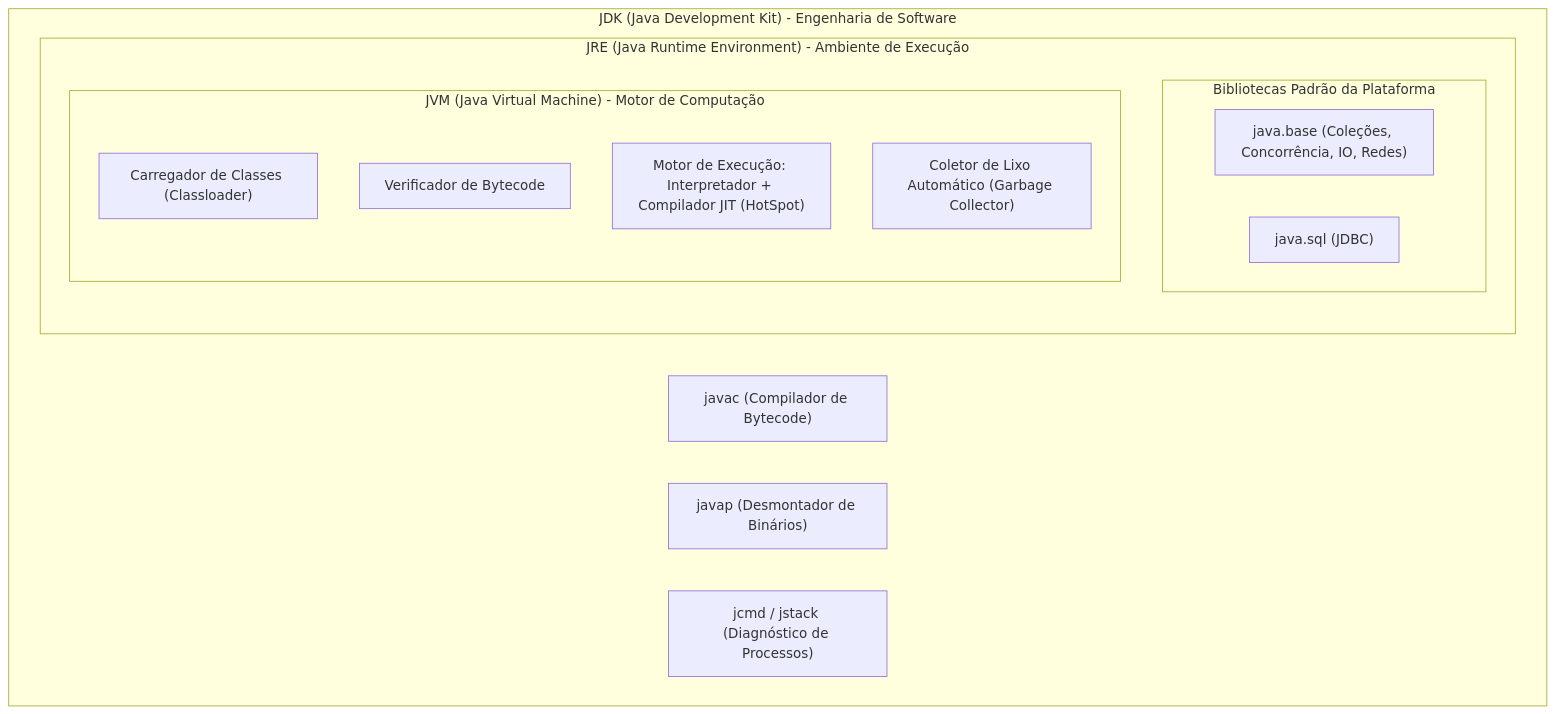
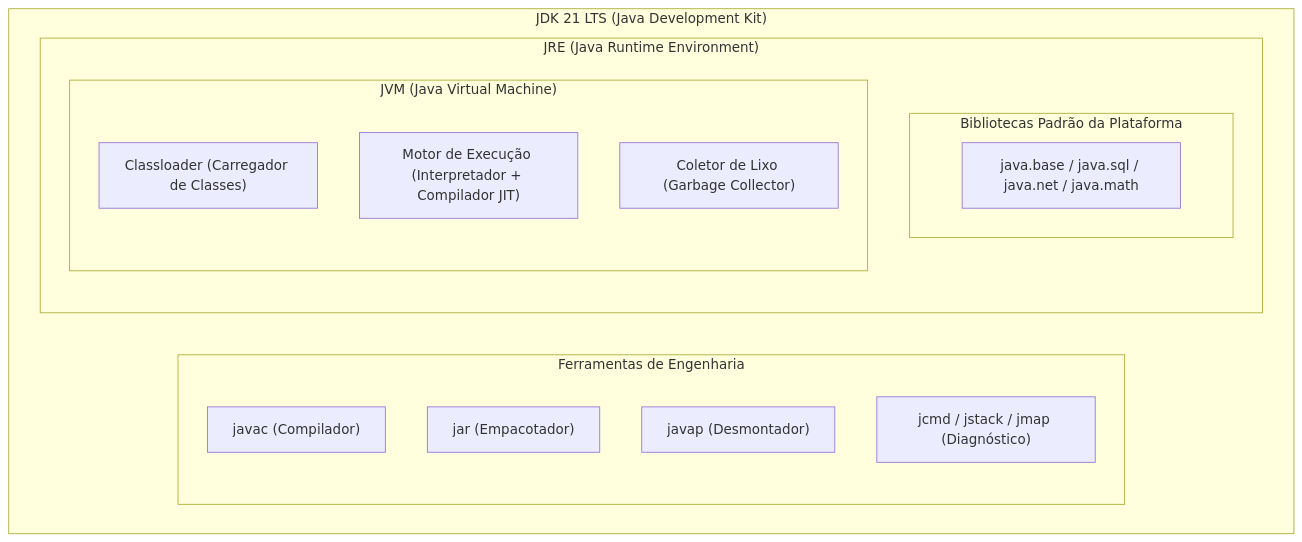
Before and after one commit to murilolol/unifef: the fifth of 31 diagrams in 4º Semestre/[Prof. Jefferson Passerini] Laboratório de Programação IV/Resumos-IA/Caderno-Consolidado.md, drawn with Mermaid. The commit also changed other lines of this file and 58 other files, not shown here.

````diff
--- a/4º Semestre/[Prof. Jefferson Passerini] Laboratório de Programação IV/Resumos-IA/Caderno-Consolidado.md
+++ b/4º Semestre/[Prof. Jefferson Passerini] Laboratório de Programação IV/Resumos-IA/Caderno-Consolidado.md
@@ -157,20 +369,21 @@
 ```mermaid
 flowchart TD
-  subgraph JDK["JDK (Java Development Kit) - Engenharia de Software"]
-    javac["javac (Compilador de Bytecode)"]
-    javap["javap (Desmontador de Binários)"]
-    jcmd["jcmd / jstack (Diagnóstico de Processos)"]
-    subgraph JRE["JRE (Java Runtime Environment) - Ambiente de Execução"]
-      subgraph Libs["Bibliotecas Padrão da Plataforma"]
-        javaBase["java.base (Coleções, Concorrência, IO, Redes)"]
-        javaSql["java.sql (JDBC)"]
-      end
-      subgraph JVM["JVM (Java Virtual Machine) - Motor de Computação"]
-        Classloader["Carregador de Classes (Classloader)"]
-        BytecodeVerif["Verificador de Bytecode"]
-        Engine["Motor de Execução: Interpretador + Compilador JIT (HotSpot)"]
-        GC["Coletor de Lixo Automático (Garbage Collector)"]
-      end
+    subgraph JDK["JDK 21 LTS (Java Development Kit)"]
+        subgraph Ferramentas["Ferramentas de Engenharia"]
+            javac["javac (Compilador)"]
+            jar["jar (Empacotador)"]
+            javap["javap (Desmontador)"]
+            diag["jcmd / jstack / jmap (Diagnóstico)"]
+        end
+        subgraph JRE["JRE (Java Runtime Environment)"]
+            subgraph Bibliotecas["Bibliotecas Padrão da Plataforma"]
+                APIs["java.base / java.sql / java.net / java.math"]
+            end
+            subgraph JVM["JVM (Java Virtual Machine)"]
+                CL["Classloader (Carregador de Classes)"]
+                JIT["Motor de Execução (Interpretador + Compilador JIT)"]
+                GC["Coletor de Lixo (Garbage Collector)"]
+            end
+        end
     end
-  end
 ```
````
